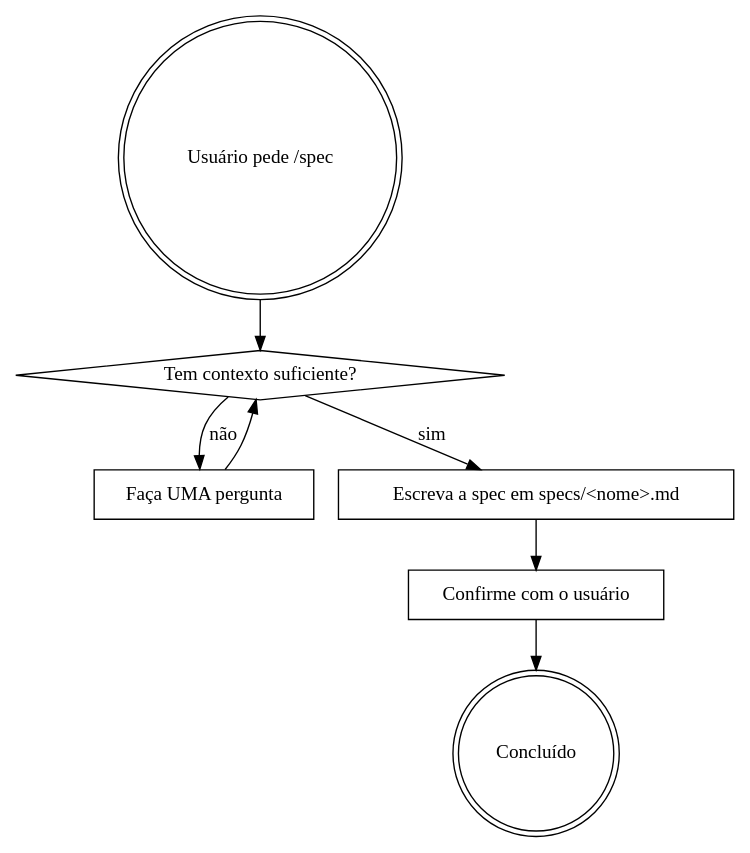
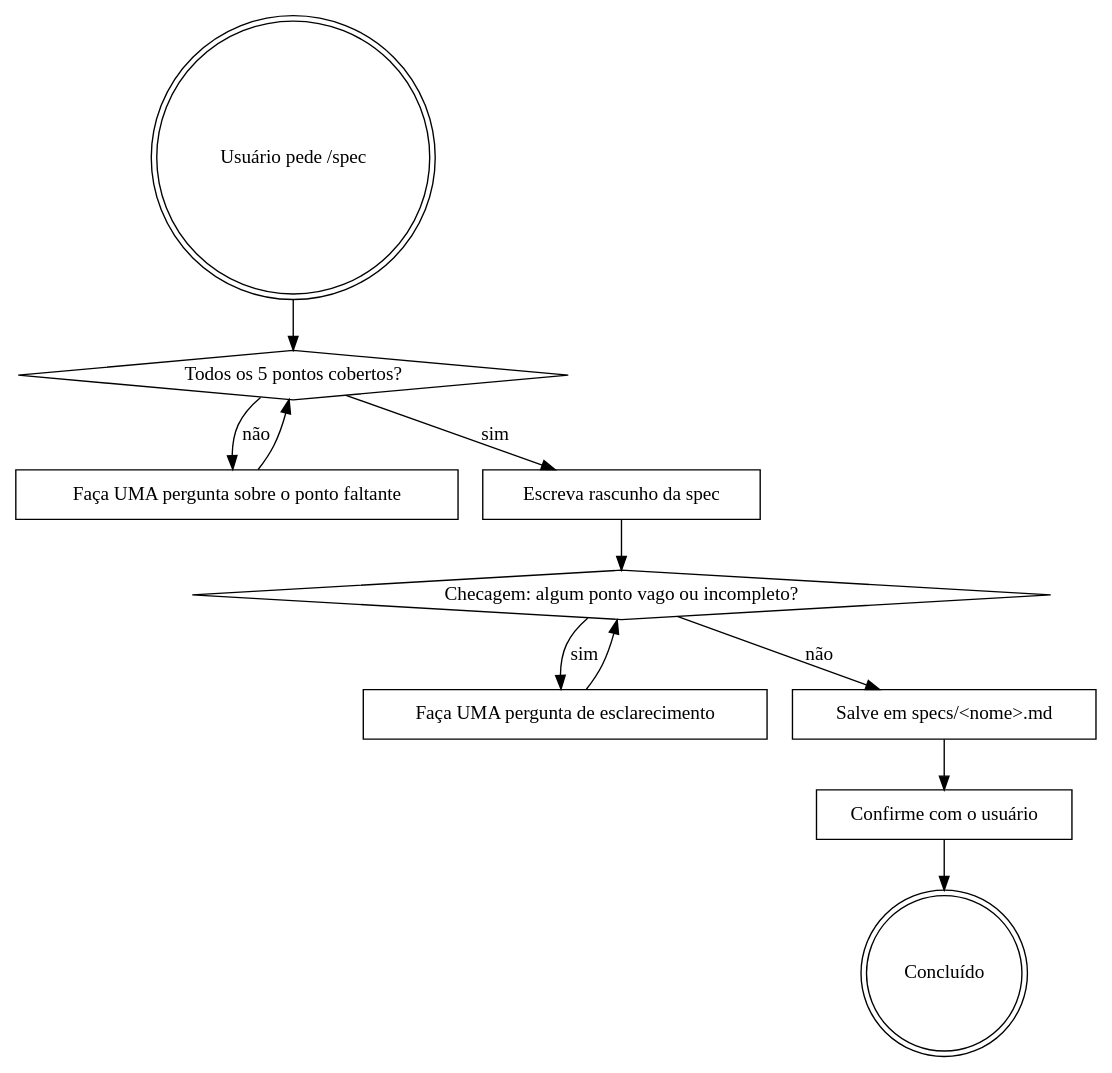
Before and after one commit to pauloguedes-pe/spec: the diagram in spec/SKILL.md, drawn with Graphviz. The commit also changed other lines of this file, not shown here.

Commit message:
fix: spec skill requires mandatory 5-point check before saving
Adds explicit checklist gate and draft review step to prevent
saving incomplete specs.

````diff
--- a/spec/SKILL.md
+++ b/spec/SKILL.md
@@ -14,17 +14,24 @@
 ```dot
 digraph spec_flow {
     "Usuário pede /spec" [shape=doublecircle];
-    "Tem contexto suficiente?" [shape=diamond];
-    "Faça UMA pergunta" [shape=box];
-    "Escreva a spec em specs/<nome>.md" [shape=box];
+    "Todos os 5 pontos cobertos?" [shape=diamond];
+    "Faça UMA pergunta sobre o ponto faltante" [shape=box];
+    "Escreva rascunho da spec" [shape=box];
+    "Checagem: algum ponto vago ou incompleto?" [shape=diamond];
+    "Faça UMA pergunta de esclarecimento" [shape=box];
+    "Salve em specs/<nome>.md" [shape=box];
     "Confirme com o usuário" [shape=box];
     "Concluído" [shape=doublecircle];
 
-    "Usuário pede /spec" -> "Tem contexto suficiente?";
-    "Tem contexto suficiente?" -> "Faça UMA pergunta" [label="não"];
-    "Faça UMA pergunta" -> "Tem contexto suficiente?";
-    "Tem contexto suficiente?" -> "Escreva a spec em specs/<nome>.md" [label="sim"];
-    "Escreva a spec em specs/<nome>.md" -> "Confirme com o usuário";
+    "Usuário pede /spec" -> "Todos os 5 pontos cobertos?";
+    "Todos os 5 pontos cobertos?" -> "Faça UMA pergunta sobre o ponto faltante" [label="não"];
+    "Faça UMA pergunta sobre o ponto faltante" -> "Todos os 5 pontos cobertos?";
+    "Todos os 5 pontos cobertos?" -> "Escreva rascunho da spec" [label="sim"];
+    "Escreva rascunho da spec" -> "Checagem: algum ponto vago ou incompleto?";
+    "Checagem: algum ponto vago ou incompleto?" -> "Faça UMA pergunta de esclarecimento" [label="sim"];
+    "Faça UMA pergunta de esclarecimento" -> "Checagem: algum ponto vago ou incompleto?";
+    "Checagem: algum ponto vago ou incompleto?" -> "Salve em specs/<nome>.md" [label="não"];
+    "Salve em specs/<nome>.md" -> "Confirme com o usuário";
     "Confirme com o usuário" -> "Concluído";
 }
 ```
````
